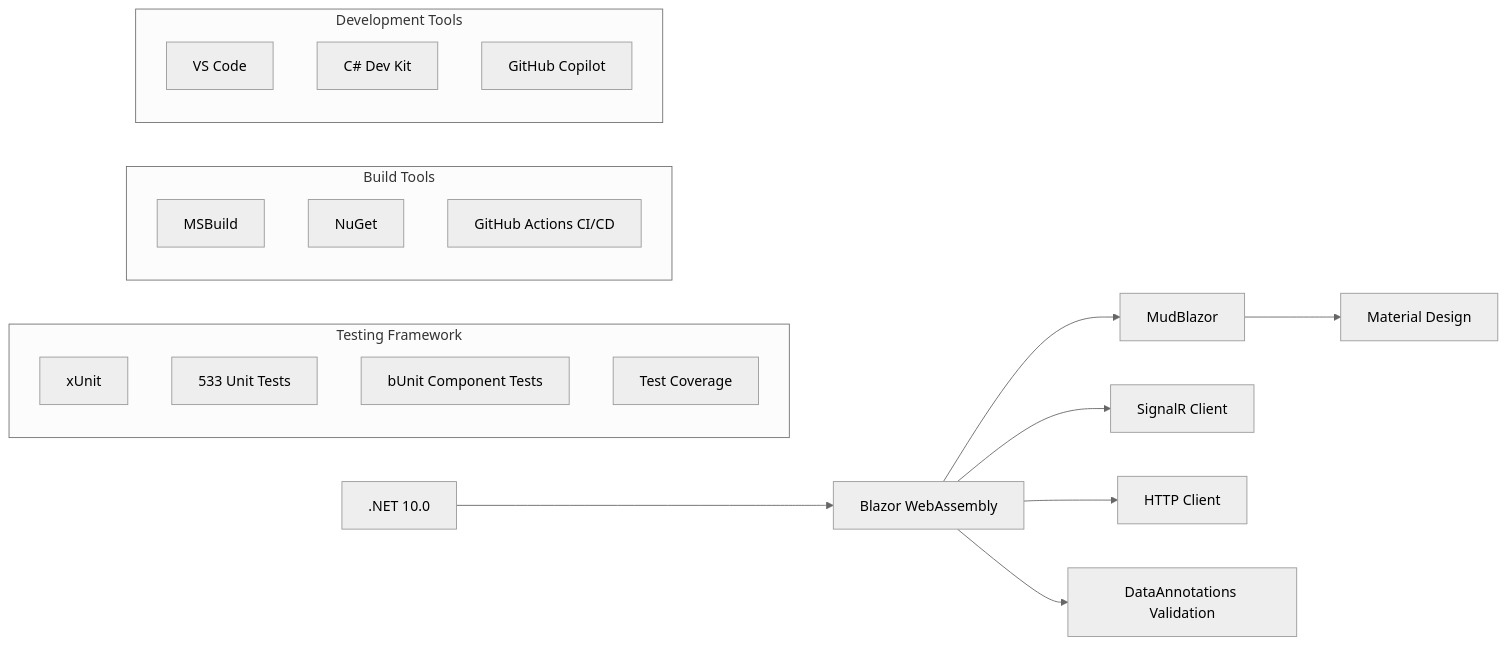
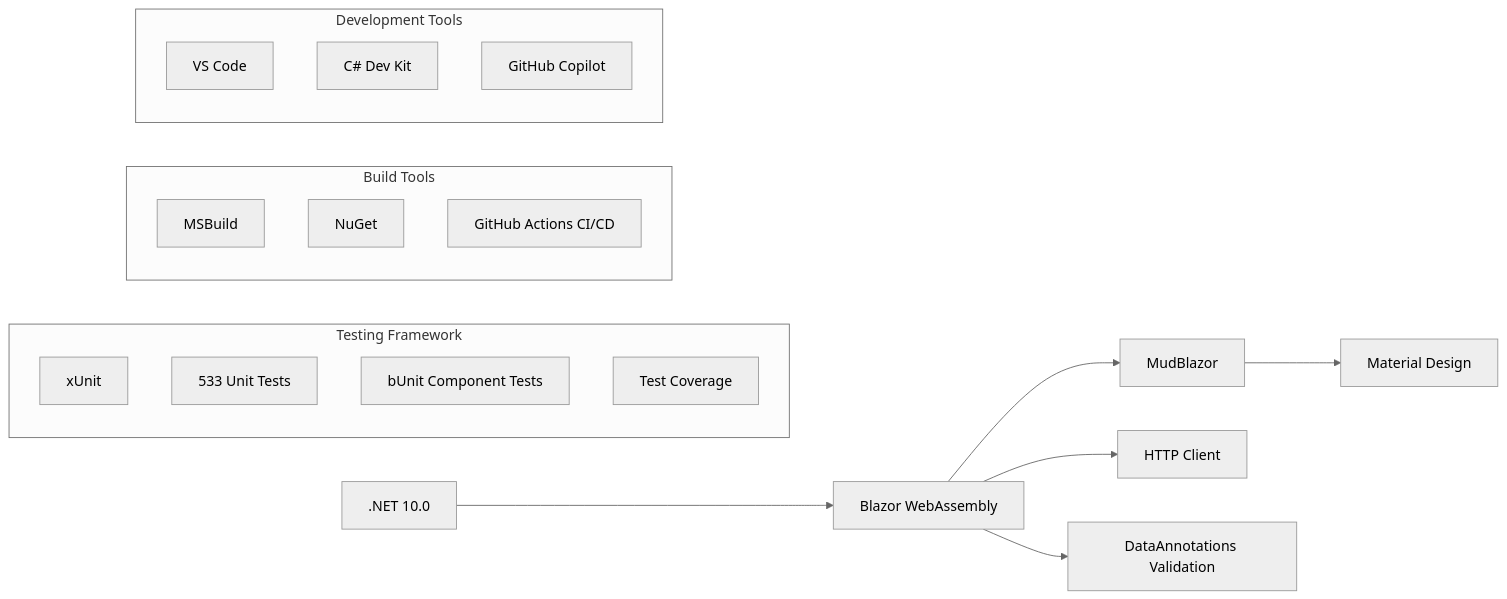
One commit to mongeon/RecettesIndex changed the fifth of 12 diagrams in docs/ARCHITECTURE.md. Above: the diagram before and after it, drawn with Mermaid (neutral theme). The commit also changed other lines of this file, not shown here.

First line of the commit message:
docs: drop real-time and other unused technologies from the architecture

````diff
--- a/docs/ARCHITECTURE.md
+++ b/docs/ARCHITECTURE.md
@@ -248,28 +246,27 @@
 ```mermaid
 graph LR
     Net[.NET 10.0] --> Wasm[Blazor WebAssembly]
     Wasm --> Mud[MudBlazor]
     Mud --> Material[Material Design]
-    Wasm --> Signalr[SignalR Client]
     Wasm --> Http[HTTP Client]
     Wasm --> Annotations[DataAnnotations Validation]
 
     subgraph "Testing Framework"
         XUnit[xUnit]
         UnitTests[533 Unit Tests]
         BUnit[bUnit Component Tests]
         Coverage[Test Coverage]
     end
 
     subgraph "Build Tools"
         MsBuild[MSBuild]
         NuGet[NuGet]
         Actions[GitHub Actions CI/CD]
     end
 
     subgraph "Development Tools"
         VsCode[VS Code]
         DevKit[C# Dev Kit]
         Copilot[GitHub Copilot]
     end
 ```
````
